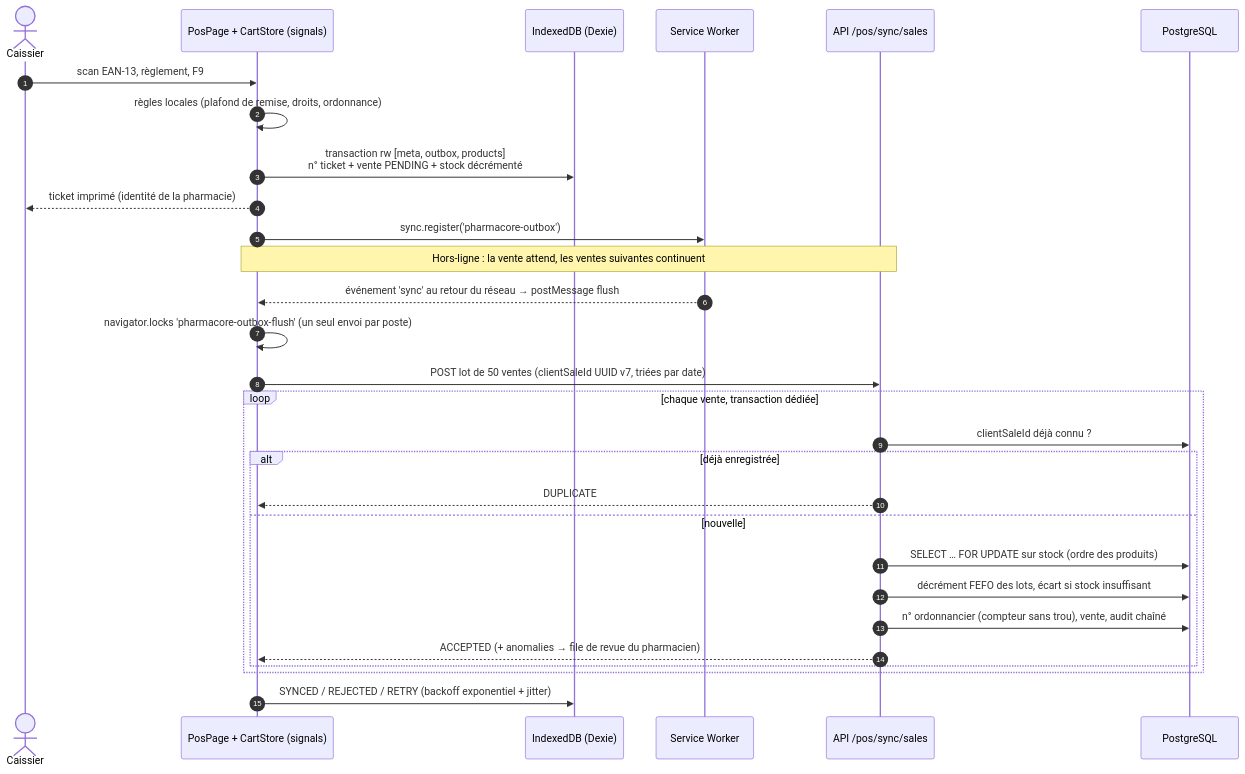
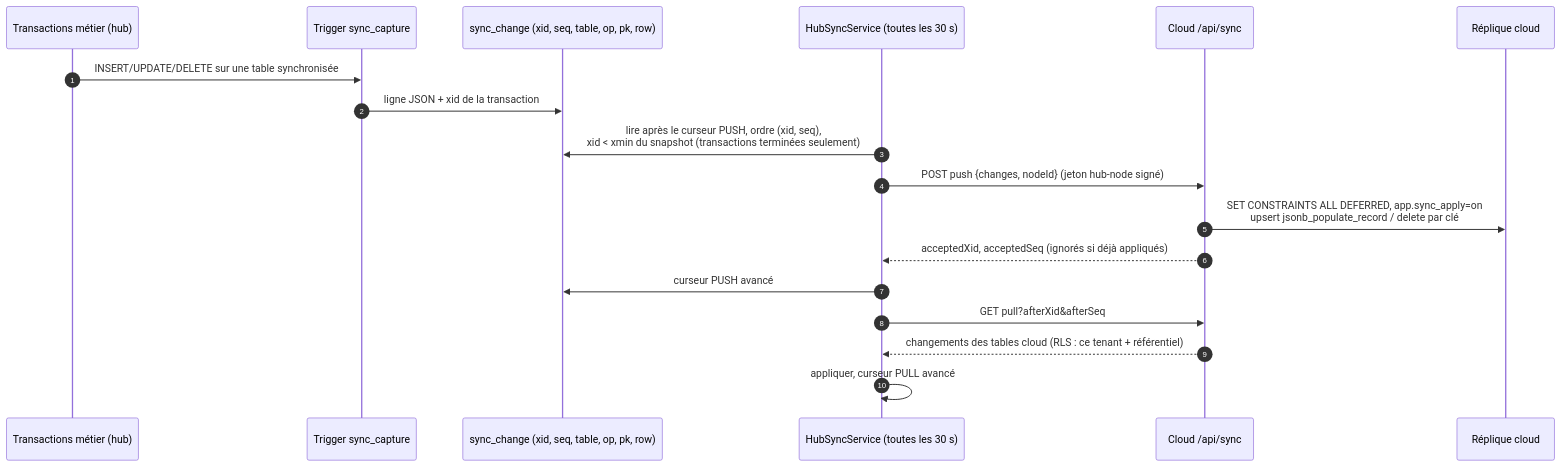
Before and after one commit to modantchiawa/pharma-core: the second of 3 diagrams in docs/ARCHITECTURE.md, drawn with Mermaid. The commit also changed other lines of this file and 155 other files, not shown here.

````diff
--- a/docs/ARCHITECTURE.md
+++ b/docs/ARCHITECTURE.md
@@ -108,32 +85,21 @@
 ```mermaid
 sequenceDiagram
     autonumber
-    actor C as Caissier
-    participant UI as PosPage + CartStore (signals)
-    participant IDB as IndexedDB (Dexie)
-    participant SW as Service Worker
-    participant API as API /pos/sync/sales
-    participant DB as PostgreSQL
+    participant APP as Transactions métier (hub)
+    participant TRG as Trigger sync_capture
+    participant LOG as sync_change (xid, seq, table, op, pk, row)
+    participant HS as HubSyncService (toutes les 30 s)
+    participant CL as Cloud /api/sync
+    participant REP as Réplique cloud
 
-    C->>UI: scan EAN-13, règlement, F9
-    UI->>UI: règles locales (plafond de remise, droits, ordonnance)
-    UI->>IDB: transaction rw [meta, outbox, products]<br/>n° ticket + vente PENDING + stock décrémenté
-    UI-->>C: ticket imprimé (identité de la pharmacie)
-    UI->>SW: sync.register('pharmacore-outbox')
-    Note over UI,API: Hors-ligne : la vente attend, les ventes suivantes continuent
-    SW-->>UI: événement 'sync' au retour du réseau → postMessage flush
-    UI->>UI: navigator.locks 'pharmacore-outbox-flush' (un seul envoi par poste)
-    UI->>API: POST lot de 50 ventes (clientSaleId UUID v7, triées par date)
-    loop chaque vente, transaction dédiée
-        API->>DB: clientSaleId déjà connu ?
-        alt déjà enregistrée
-            API-->>UI: DUPLICATE
-        else nouvelle
-            API->>DB: SELECT … FOR UPDATE sur stock (ordre des produits)
-            API->>DB: décrément FEFO des lots, écart si stock insuffisant
-            API->>DB: n° ordonnancier (compteur sans trou), vente, audit chaîné
-            API-->>UI: ACCEPTED (+ anomalies → file de revue du pharmacien)
-        end
-    end
-    UI->>IDB: SYNCED / REJECTED / RETRY (backoff exponentiel + jitter)
+    APP->>TRG: INSERT/UPDATE/DELETE sur une table synchronisée
+    TRG->>LOG: ligne JSON + xid de la transaction
+    HS->>LOG: lire après le curseur PUSH, ordre (xid, seq),<br/>xid < xmin du snapshot (transactions terminées seulement)
+    HS->>CL: POST push {changes, nodeId} (jeton hub-node signé)
+    CL->>REP: SET CONSTRAINTS ALL DEFERRED, app.sync_apply=on<br/>upsert jsonb_populate_record / delete par clé
+    CL-->>HS: acceptedXid, acceptedSeq (ignorés si déjà appliqués)
+    HS->>LOG: curseur PUSH avancé
+    HS->>CL: GET pull?afterXid&afterSeq
+    CL-->>HS: changements des tables cloud (RLS : ce tenant + référentiel)
+    HS->>HS: appliquer, curseur PULL avancé
 ```
````
